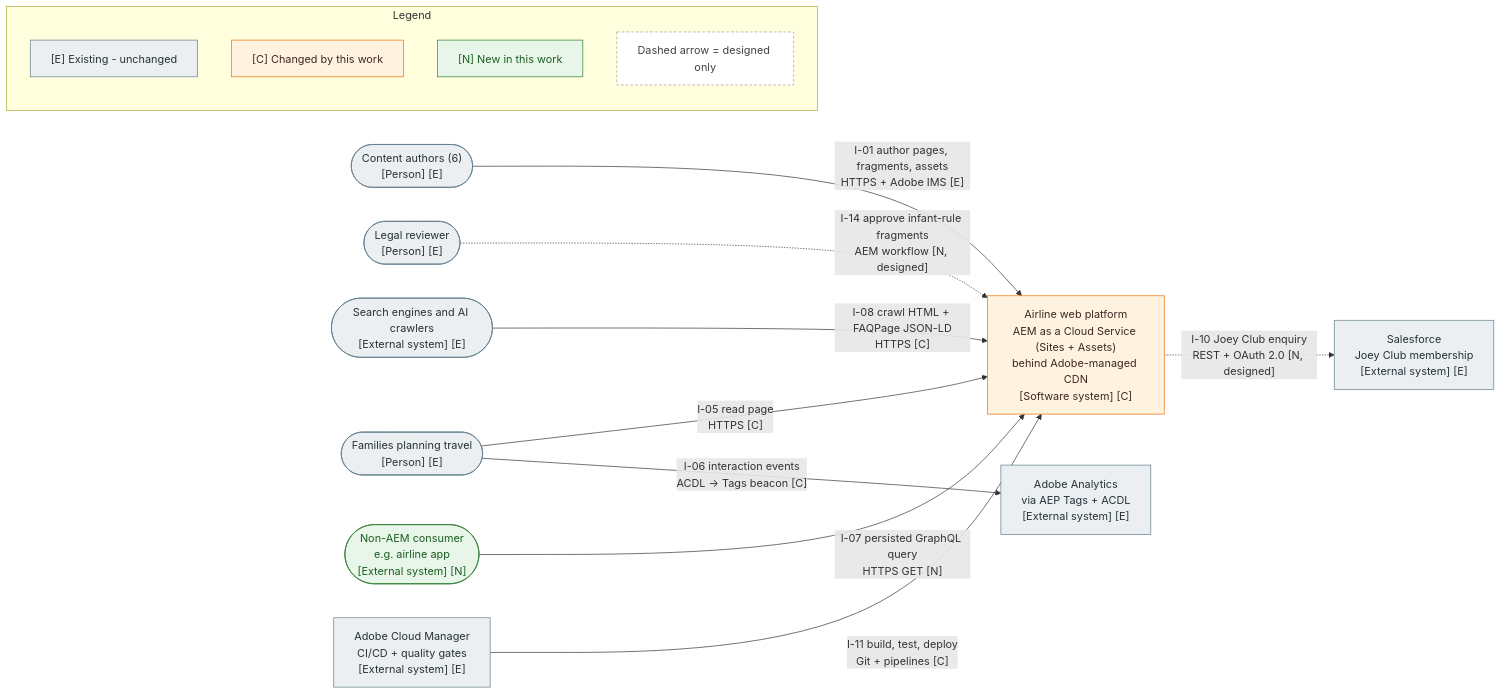
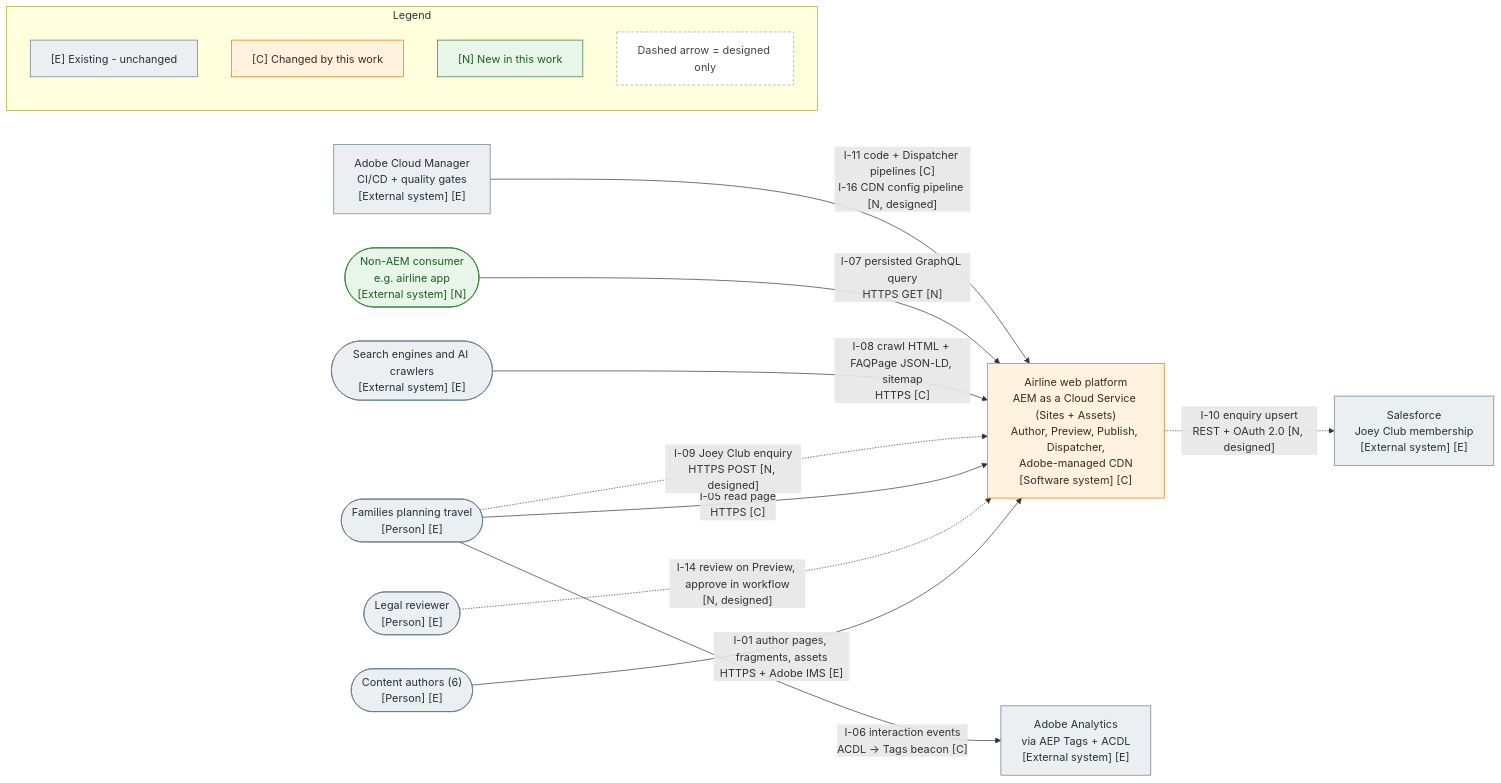
The diagram in docs/diagrams/c4-context.mmd (herculiank2-prime/airline-infants-children), drawn with Mermaid before and after one commit. The commit also changed 35 other files, not shown here.

First line of the commit message:
docs: architect review, review resolution and design v1.1

```diff
--- a/docs/diagrams/c4-context.mmd
+++ b/docs/diagrams/c4-context.mmd
@@ -1,38 +1,39 @@
 %% C4 Level 1 - System context. Impact coding: [E] existing, [N] new, [C] changed. Dashed = designed only (not built in this exercise).
 flowchart LR
     author(["Content authors (6)<br/>[Person] [E]"])
     legal(["Legal reviewer<br/>[Person] [E]"])
     visitor(["Families planning travel<br/>[Person] [E]"])
     crawler(["Search engines and AI crawlers<br/>[External system] [E]"])
     consumer(["Non-AEM consumer<br/>e.g. airline app<br/>[External system] [N]"])
 
-    platform["Airline web platform<br/>AEM as a Cloud Service (Sites + Assets)<br/>behind Adobe-managed CDN<br/>[Software system] [C]"]
+    platform["Airline web platform<br/>AEM as a Cloud Service (Sites + Assets)<br/>Author, Preview, Publish, Dispatcher,<br/>Adobe-managed CDN<br/>[Software system] [C]"]
 
     analytics["Adobe Analytics<br/>via AEP Tags + ACDL<br/>[External system] [E]"]
     salesforce["Salesforce<br/>Joey Club membership<br/>[External system] [E]"]
     cloudmgr["Adobe Cloud Manager<br/>CI/CD + quality gates<br/>[External system] [E]"]
 
     author -- "I-01 author pages, fragments, assets<br/>HTTPS + Adobe IMS [E]" --> platform
-    legal -. "I-14 approve infant-rule fragments<br/>AEM workflow [N, designed]" .-> platform
+    legal -. "I-14 review on Preview, approve in workflow<br/>[N, designed]" .-> platform
     visitor -- "I-05 read page<br/>HTTPS [C]" --> platform
-    crawler -- "I-08 crawl HTML + FAQPage JSON-LD<br/>HTTPS [C]" --> platform
+    visitor -. "I-09 Joey Club enquiry<br/>HTTPS POST [N, designed]" .-> platform
+    crawler -- "I-08 crawl HTML + FAQPage JSON-LD, sitemap<br/>HTTPS [C]" --> platform
     consumer -- "I-07 persisted GraphQL query<br/>HTTPS GET [N]" --> platform
     visitor -- "I-06 interaction events<br/>ACDL -> Tags beacon [C]" --> analytics
-    platform -. "I-10 Joey Club enquiry<br/>REST + OAuth 2.0 [N, designed]" .-> salesforce
-    cloudmgr -- "I-11 build, test, deploy<br/>Git + pipelines [C]" --> platform
+    platform -. "I-10 enquiry upsert<br/>REST + OAuth 2.0 [N, designed]" .-> salesforce
+    cloudmgr -- "I-11 code + Dispatcher pipelines [C]<br/>I-16 CDN config pipeline [N, designed]" --> platform
 
     subgraph legend["Legend"]
         direction TB
         lE["[E] Existing - unchanged"]:::existing
         lC["[C] Changed by this work"]:::changed
         lN["[N] New in this work"]:::new
         lD["Dashed arrow = designed only"]:::note
     end
 
     classDef existing fill:#eceff1,stroke:#607d8b,color:#263238
     classDef changed fill:#fff3e0,stroke:#ef6c00,color:#3e2723
     classDef new fill:#e8f5e9,stroke:#2e7d32,color:#1b5e20
     classDef note fill:#ffffff,stroke:#9e9e9e,stroke-dasharray: 4 3,color:#424242
     class author,legal,visitor,crawler,analytics,salesforce,cloudmgr existing
     class platform changed
     class consumer new
```
